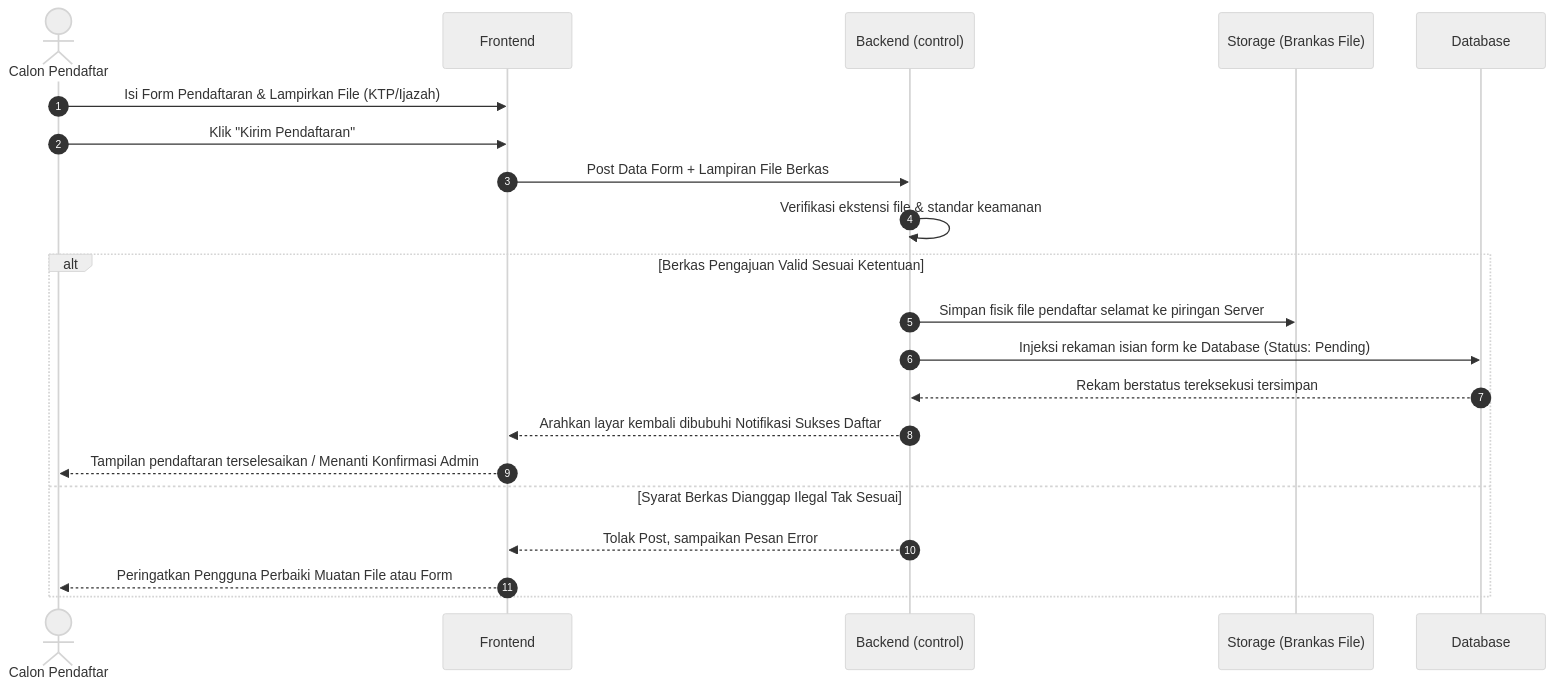
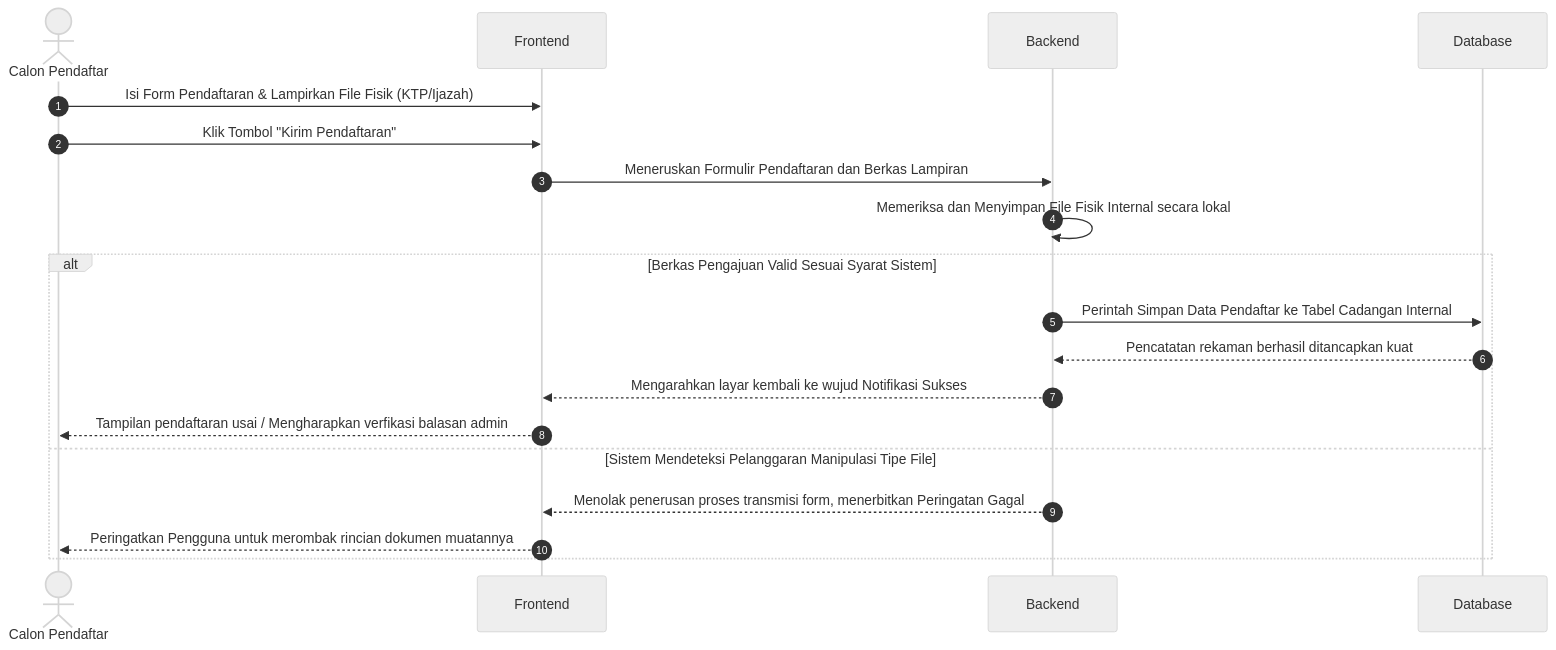
One commit to arbain-dev/Web_fikom changed the seventh of 22 diagrams in docs/kumpulan_sequence_frontend.md. Above: the diagram before and after it, drawn with Mermaid (neutral theme). The commit also changed other lines of this file and 1 other file, not shown here.

Commit message:
docs: menyederhanakan bahasa teknikal (query, render, html, http, json) menjadi perbendaharaan operasional sederhana di diagram aktivitas public frontend

````diff
--- a/docs/kumpulan_sequence_frontend.md
+++ b/docs/kumpulan_sequence_frontend.md
@@ -128,26 +126,23 @@
 ```mermaid
 sequenceDiagram
     autonumber
     actor User as Calon Pendaftar
-    participant Frontend
-    participant Backend as Backend (control)
-    participant Server as Storage (Brankas File)
-    participant DB as Database
+    participant Frontend as Frontend
+    participant Backend as Backend
+    participant Database as Database
 
-    User->>Frontend: Isi Form Pendaftaran & Lampirkan File (KTP/Ijazah)
-    User->>Frontend: Klik "Kirim Pendaftaran"
-    Frontend->>Backend: Post Data Form + Lampiran File Berkas
-
-    Backend->>Backend: Verifikasi ekstensi file & standar keamanan
+    User->>Frontend: Isi Form Pendaftaran & Lampirkan File Fisik (KTP/Ijazah)
+    User->>Frontend: Klik Tombol "Kirim Pendaftaran"
+    Frontend->>Backend: Meneruskan Formulir Pendaftaran dan Berkas Lampiran
+    Backend->>Backend: Memeriksa dan Menyimpan File Fisik Internal secara lokal
     
-    alt Berkas Pengajuan Valid Sesuai Ketentuan
-        Backend->>Server: Simpan fisik file pendaftar selamat ke piringan Server
-        Backend->>DB: Injeksi rekaman isian form ke Database (Status: Pending)
-        DB-->>Backend: Rekam berstatus tereksekusi tersimpan
-        Backend-->>Frontend: Arahkan layar kembali dibubuhi Notifikasi Sukses Daftar
-        Frontend-->>User: Tampilan pendaftaran terselesaikan / Menanti Konfirmasi Admin
-    else Syarat Berkas Dianggap Ilegal Tak Sesuai
-        Backend-->>Frontend: Tolak Post, sampaikan Pesan Error
-        Frontend-->>User: Peringatkan Pengguna Perbaiki Muatan File atau Form
+    alt Berkas Pengajuan Valid Sesuai Syarat Sistem
+        Backend->>Database: Perintah Simpan Data Pendaftar ke Tabel Cadangan Internal
+        Database-->>Backend: Pencatatan rekaman berhasil ditancapkan kuat
+        Backend-->>Frontend: Mengarahkan layar kembali ke wujud Notifikasi Sukses
+        Frontend-->>User: Tampilan pendaftaran usai / Mengharapkan verfikasi balasan admin
+    else Sistem Mendeteksi Pelanggaran Manipulasi Tipe File
+        Backend-->>Frontend: Menolak penerusan proses transmisi form, menerbitkan Peringatan Gagal
+        Frontend-->>User: Peringatkan Pengguna untuk merombak rincian dokumen muatannya
     end
 ```
````
